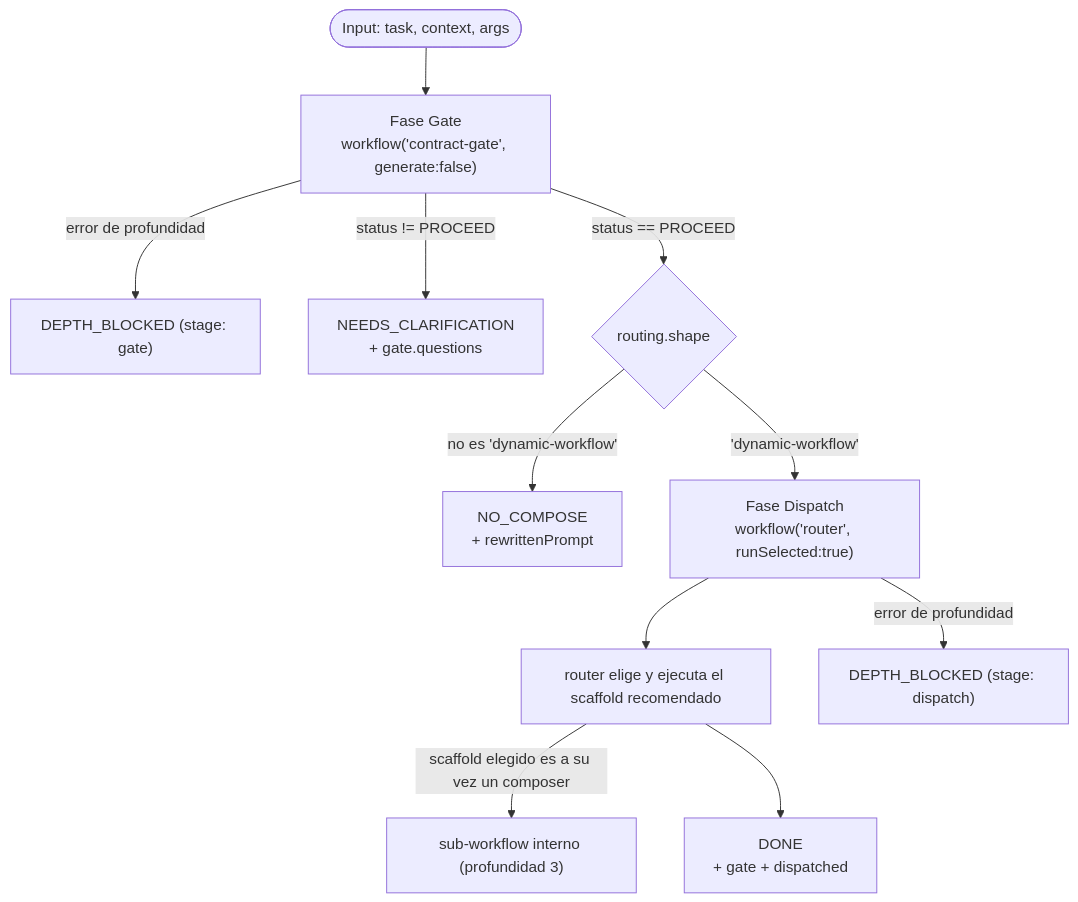
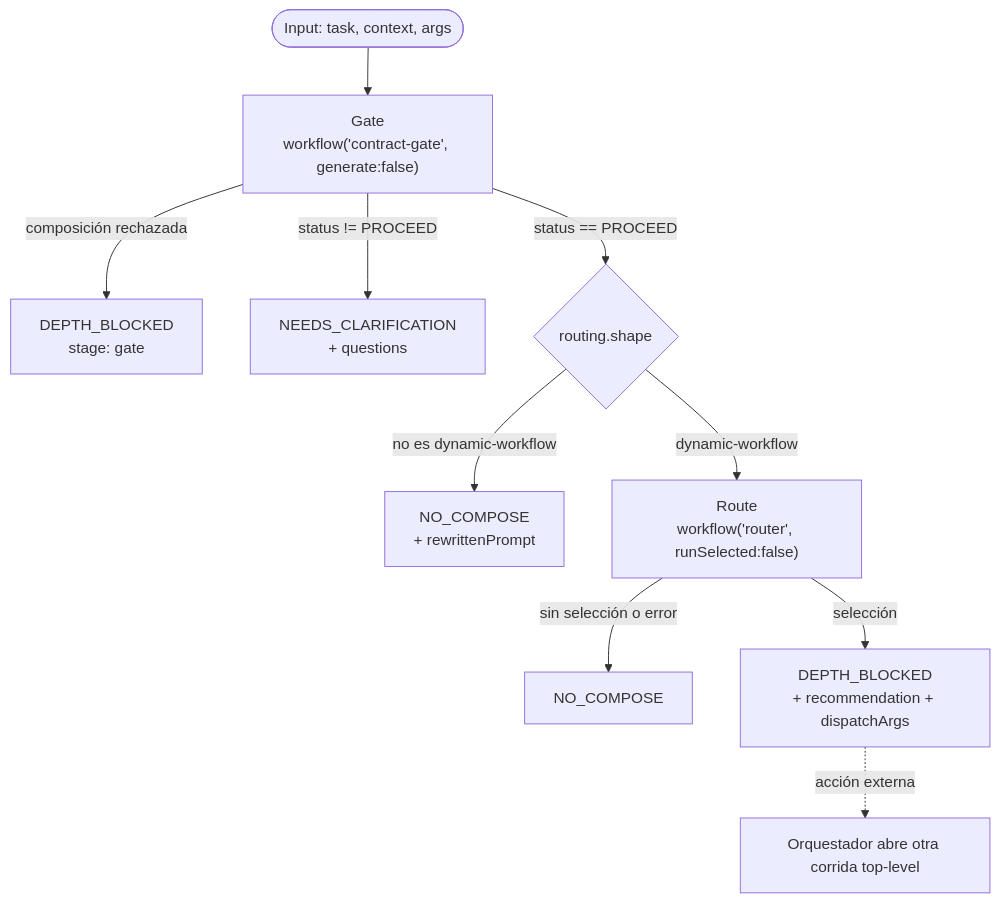
The diagram in docs/scaffolds/recursive-compose.md (andrestobelem/pandi-extensions), drawn with Mermaid before and after one commit. The commit also changed other lines of this file and 109 other files, not shown here.

Commit message:
fix(pandi-dynamic-workflows): align workflow contracts

````diff
--- a/docs/scaffolds/recursive-compose.md
+++ b/docs/scaffolds/recursive-compose.md
@@ -40,13 +39,12 @@
 ```mermaid
 flowchart TD
-    Start(["Input: task, context, args"]) --> Gate["Fase Gate<br/>workflow('contract-gate', generate:false)"]
-    Gate -->|"error de profundidad"| DepthGate["DEPTH_BLOCKED (stage: gate)"]
-    Gate -->|"status != PROCEED"| Needs["NEEDS_CLARIFICATION<br/>+ gate.questions"]
+    Start(["Input: task, context, args"]) --> Gate["Gate<br/>workflow('contract-gate', generate:false)"]
+    Gate -->|"composición rechazada"| DepthGate["DEPTH_BLOCKED<br/>stage: gate"]
+    Gate -->|"status != PROCEED"| Needs["NEEDS_CLARIFICATION<br/>+ questions"]
     Gate -->|"status == PROCEED"| Shape{"routing.shape"}
-    Shape -->|"no es 'dynamic-workflow'"| NoCompose["NO_COMPOSE<br/>+ rewrittenPrompt"]
-    Shape -->|"'dynamic-workflow'"| Dispatch["Fase Dispatch<br/>workflow('router', runSelected:true)"]
-    Dispatch --> Router["router elige y ejecuta el scaffold recomendado"]
-    Router -->|"scaffold elegido es a su vez un composer"| Deeper["sub-workflow interno (profundidad 3)"]
-    Dispatch -->|"error de profundidad"| DepthDispatch["DEPTH_BLOCKED (stage: dispatch)"]
-    Router --> Done["DONE<br/>+ gate + dispatched"]
+    Shape -->|"no es dynamic-workflow"| NoCompose["NO_COMPOSE<br/>+ rewrittenPrompt"]
+    Shape -->|"dynamic-workflow"| Route["Route<br/>workflow('router', runSelected:false)"]
+    Route -->|"sin selección o error"| NoRoute["NO_COMPOSE"]
+    Route -->|"selección"| Boundary["DEPTH_BLOCKED<br/>+ recommendation + dispatchArgs"]
+    Boundary -. "acción externa" .-> Next["Orquestador abre otra corrida top-level"]
 ```
````
